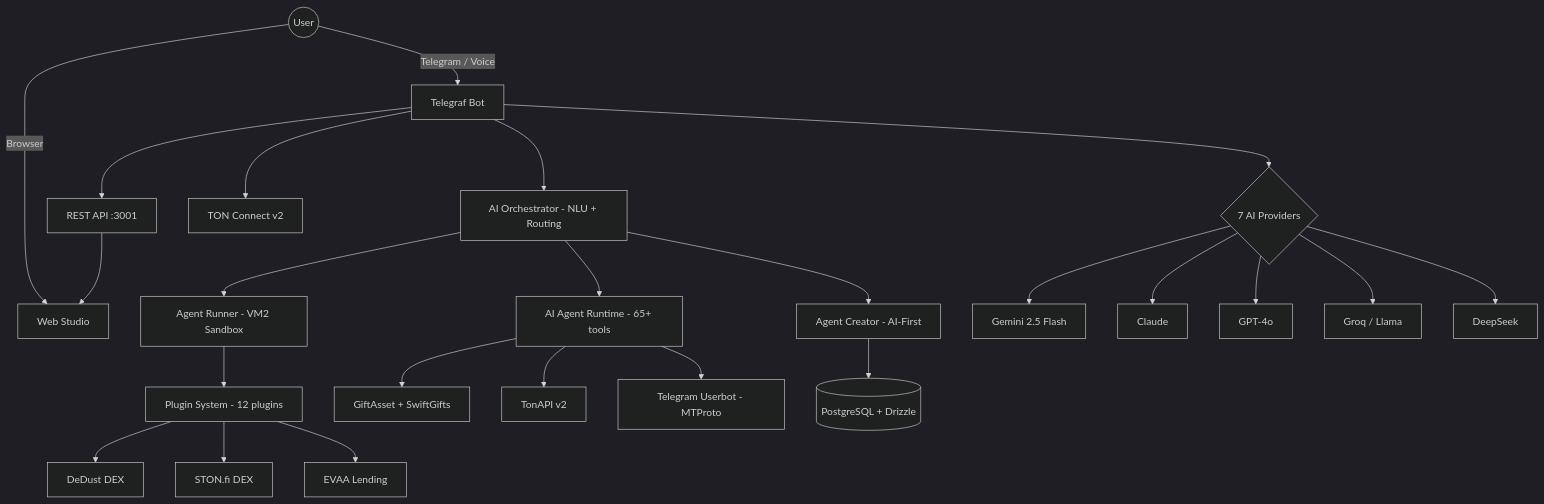
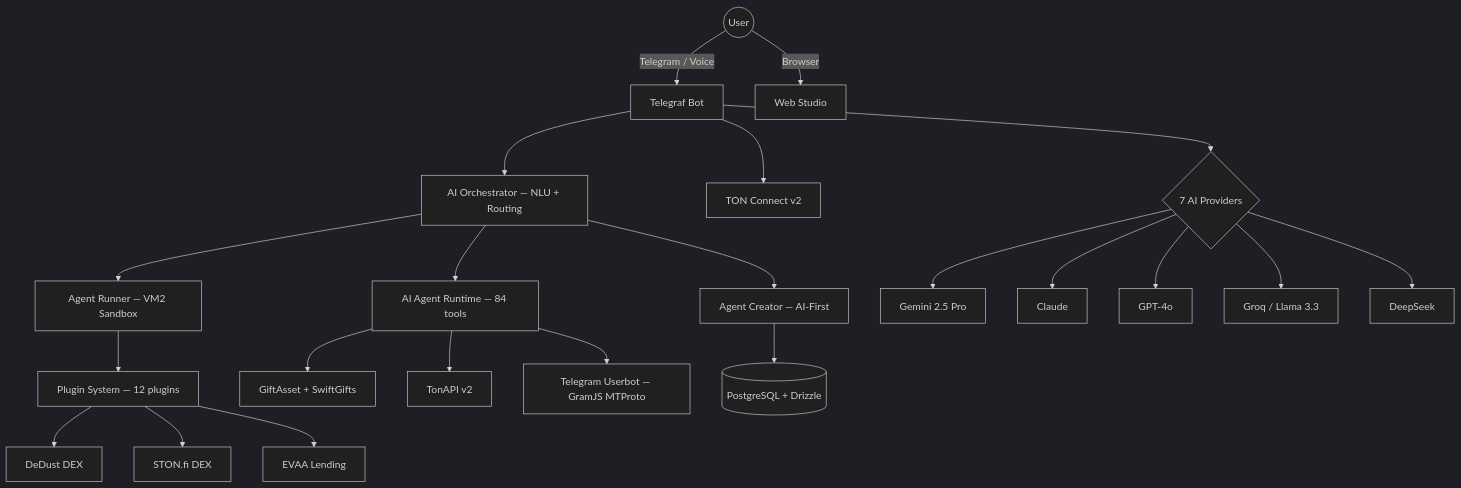
The diagram in README.md (uheartattack/TonAgentPlatform), drawn with Mermaid (dark theme) before and after one commit. The commit also changed other lines of this file and 4 other files, not shown here.

First line of the commit message:
feat: update README + gemini-2.5-pro + 84 tools + prompt leak fix

````diff
--- a/README.md
+++ b/README.md
@@ -89,26 +82,24 @@
 ```mermaid
 graph TB
     User((User)) -->|Telegram / Voice| Bot[Telegraf Bot]
     User -->|Browser| Studio[Web Studio]
-    Bot --> Orchestrator[AI Orchestrator - NLU + Routing]
-    Bot --> APIServer[REST API :3001]
-    Orchestrator --> Creator[Agent Creator - AI-First]
-    Orchestrator --> AIRuntime[AI Agent Runtime - 65+ tools]
-    Orchestrator --> Runner[Agent Runner - VM2 Sandbox]
-    Runner --> Plugins[Plugin System - 12 plugins]
+    Bot --> Orchestrator[AI Orchestrator — NLU + Routing]
+    Orchestrator --> Creator[Agent Creator — AI-First]
+    Orchestrator --> AIRuntime[AI Agent Runtime — 84 tools]
+    Orchestrator --> Runner[Agent Runner — VM2 Sandbox]
+    Runner --> Plugins[Plugin System — 12 plugins]
     AIRuntime --> GiftAsset[GiftAsset + SwiftGifts]
     AIRuntime --> TonAPI[TonAPI v2]
-    AIRuntime --> Userbot[Telegram Userbot - MTProto]
+    AIRuntime --> Userbot[Telegram Userbot — GramJS MTProto]
     Plugins --> DeDust[DeDust DEX]
     Plugins --> STON[STON.fi DEX]
     Plugins --> EVAA[EVAA Lending]
     Creator --> DB[(PostgreSQL + Drizzle)]
-    APIServer --> Studio
     Bot --> TonConnect[TON Connect v2]
     Bot --> MultiProvider{7 AI Providers}
-    MultiProvider --> Gemini[Gemini 2.5 Flash]
+    MultiProvider --> Gemini[Gemini 2.5 Pro]
     MultiProvider --> Claude[Claude]
     MultiProvider --> GPT[GPT-4o]
-    MultiProvider --> Groq[Groq / Llama]
+    MultiProvider --> Groq[Groq / Llama 3.3]
     MultiProvider --> DeepSeek[DeepSeek]
 ```
````
